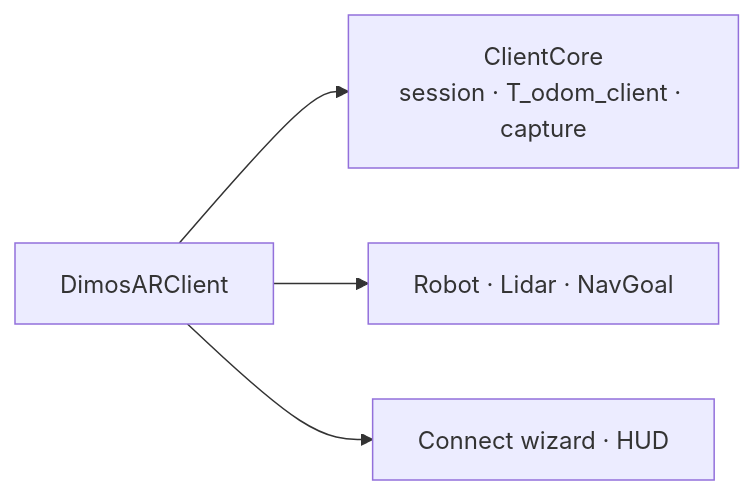
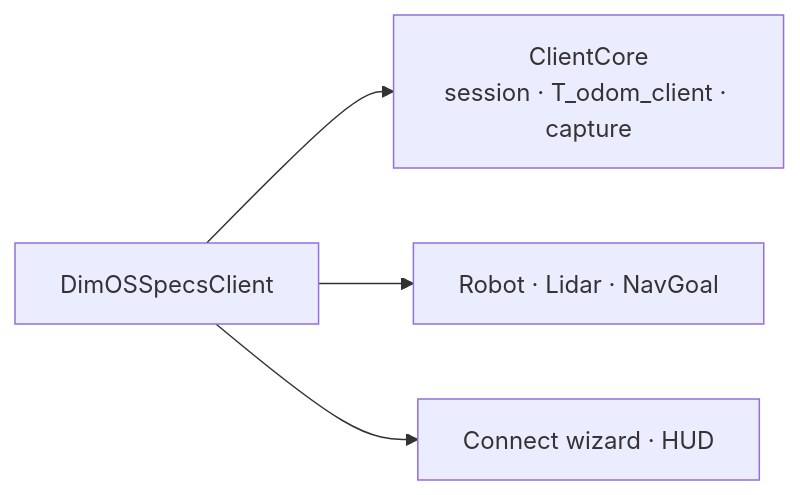
Before and after one commit to V4C38/spectacles-dimensional-os: the third of 3 diagrams in README.md, drawn with Mermaid. The commit also changed other lines of this file and 70 other files, not shown here.

````diff
--- a/README.md
+++ b/README.md
@@ -219,11 +219,11 @@
 ```mermaid
 flowchart LR
   Core["ClientCore<br>session · T_odom_client · capture"]
-  Client["DimosARClient"]
+  Client["DimOSSpecsClient"]
   Room["Robot · Lidar · NavGoal"]
   UX["Connect wizard · HUD"]
 
   Client --> Core
   Client --> Room
   Client --> UX
 ```
````
